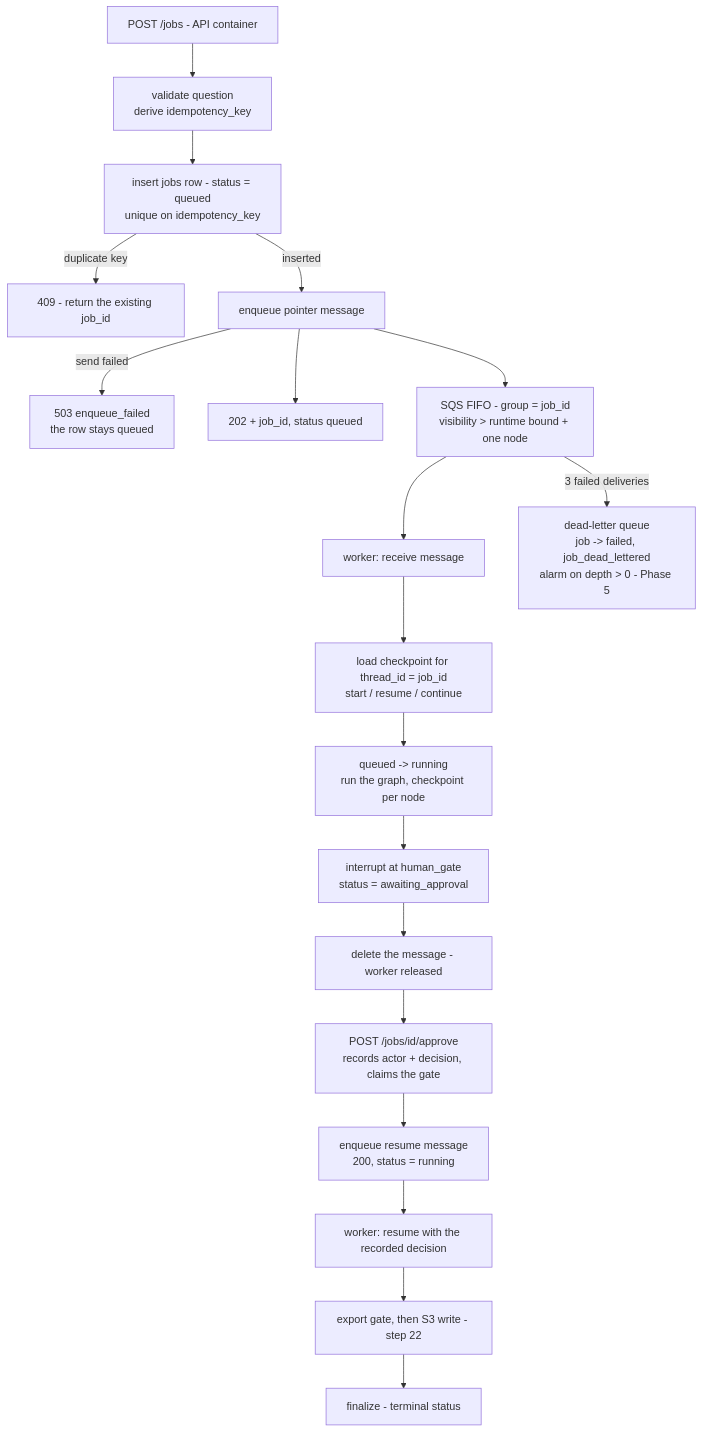
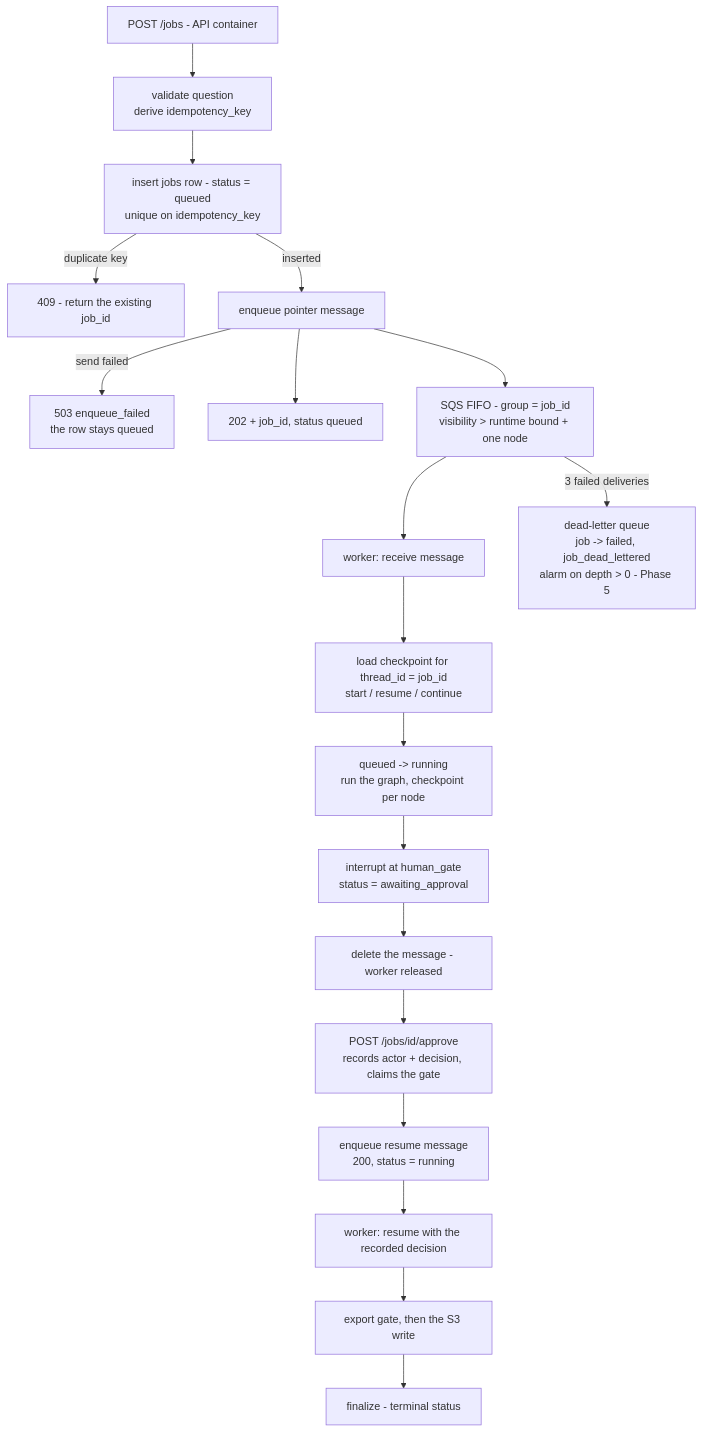
Before and after one commit to 02surajpatil02-afk/multi-agent-competitive-research-assistant: the fifth of 6 diagrams in docs/ARCHITECTURE.md, drawn with Mermaid. The commit also changed other lines of this file and 23 other files, not shown here.

````diff
--- a/docs/ARCHITECTURE.md
+++ b/docs/ARCHITECTURE.md
@@ -1729,21 +1762,21 @@
 ```mermaid
 flowchart TD
     A["POST /jobs - API container"] --> B["validate question<br/>derive idempotency_key"]
     B --> C["insert jobs row - status = queued<br/>unique on idempotency_key"]
     C -->|"duplicate key"| DUP["409 - return the existing job_id"]
     C -->|"inserted"| D["enqueue pointer message"]
     D -->|"send failed"| FAIL503["503 enqueue_failed<br/>the row stays queued"]
     D --> E["202 + job_id, status queued"]
     D --> Q["SQS FIFO - group = job_id<br/>visibility > runtime bound + one node"]
     Q --> W["worker: receive message"]
     W --> LOAD["load checkpoint for thread_id = job_id<br/>start / resume / continue"]
     LOAD --> RUN["queued -> running<br/>run the graph, checkpoint per node"]
     RUN --> INT["interrupt at human_gate<br/>status = awaiting_approval"]
     INT --> DEL["delete the message - worker released"]
     DEL --> APPROVE["POST /jobs/id/approve<br/>records actor + decision, claims the gate"]
     APPROVE --> Q2["enqueue resume message<br/>200, status = running"]
     Q2 --> W2["worker: resume with the recorded decision"]
-    W2 --> EXPORT["export gate, then S3 write - step 22"]
+    W2 --> EXPORT["export gate, then the S3 write"]
     EXPORT --> FINAL["finalize - terminal status"]
     Q -->|"3 failed deliveries"| DLQ["dead-letter queue<br/>job -> failed, job_dead_lettered<br/>alarm on depth > 0 - Phase 5"]
 ```
````
